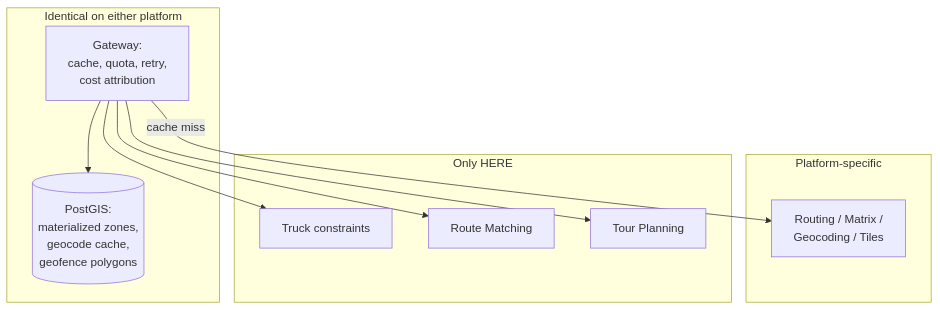
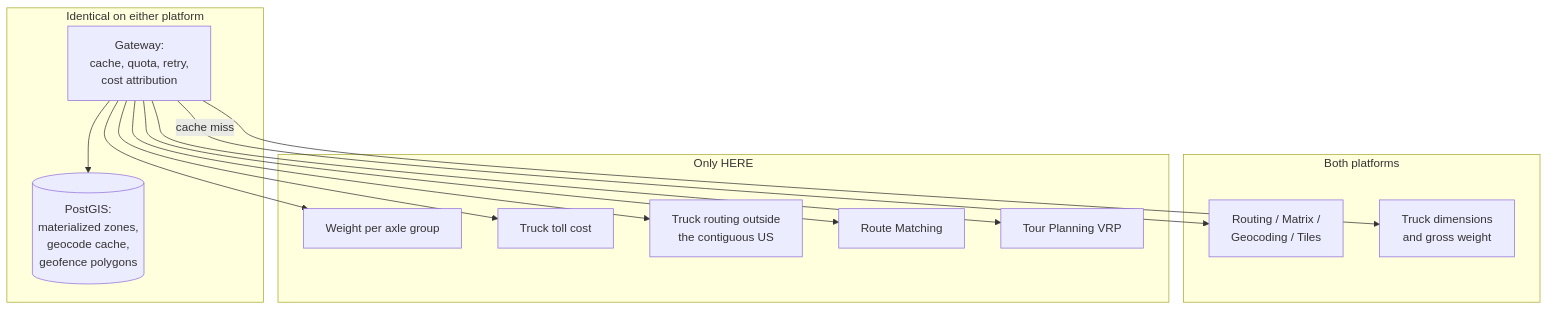
One commit to placematic/placematic-docs changed the diagram in comparisons/here-vs-google-maps.mdx. Above: the diagram before and after it, drawn with Mermaid. The commit also changed other lines of this file and 22 other files, not shown here.

````diff
--- a/comparisons/here-vs-google-maps.mdx
+++ b/comparisons/here-vs-google-maps.mdx
@@ -170,23 +224,29 @@
-```mermaid
+```mermaid theme={null}
 flowchart TB
     subgraph Yours["Identical on either platform"]
         PG[(PostGIS:<br/>materialized zones,<br/>geocode cache,<br/>geofence polygons)]
         GW[Gateway:<br/>cache, quota, retry,<br/>cost attribution]
     end
 
-    subgraph Vendor["Platform-specific"]
+    subgraph Vendor["Both platforms"]
         API[Routing / Matrix /<br/>Geocoding / Tiles]
+        TRUCK[Truck dimensions<br/>and gross weight]
     end
 
     subgraph Gap["Only HERE"]
-        TRUCK[Truck constraints]
+        AXLE[Weight per axle group]
+        TOLL[Truck toll cost]
+        INTL[Truck routing outside<br/>the contiguous US]
         RM[Route Matching]
-        TP[Tour Planning]
+        TP[Tour Planning VRP]
     end
 
     GW --> PG
     GW -->|cache miss| API
     GW --> TRUCK
+    GW --> AXLE
+    GW --> TOLL
+    GW --> INTL
     GW --> RM
     GW --> TP
 ```
````
